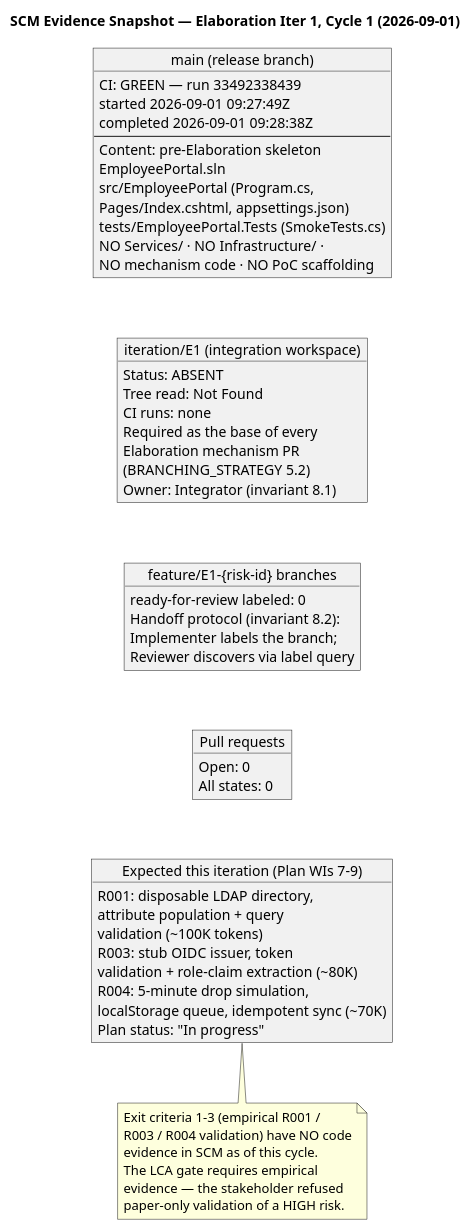
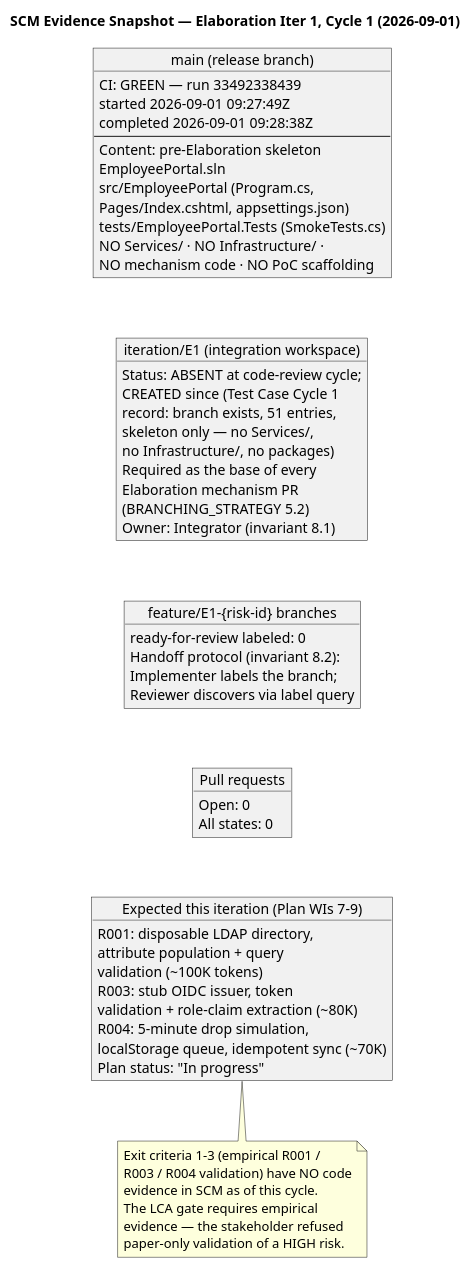
One commit to banense-test/employee-portal changed the third of 6 diagrams in docs/artifacts/project-management/review-record.md. Above: the diagram before and after it, drawn with PlantUML. The commit also changed other lines of this file, not shown here.

First line of the commit message:
Reviewer [E1]: upsert Review Record

````diff
--- a/docs/artifacts/project-management/review-record.md
+++ b/docs/artifacts/project-management/review-record.md
@@ -174,66 +173,68 @@
 ```plantuml
 @startuml
 title SCM Evidence Snapshot — Elaboration Iter 1, Cycle 1 (2026-09-01)
 
 object "main (release branch)" as MAIN {
   CI: GREEN — run 33492338439
   started 2026-09-01 09:27:49Z
   completed 2026-09-01 09:28:38Z
   --
   Content: pre-Elaboration skeleton
   EmployeePortal.sln
   src/EmployeePortal (Program.cs,
   Pages/Index.cshtml, appsettings.json)
   tests/EmployeePortal.Tests (SmokeTests.cs)
   NO Services/ · NO Infrastructure/ ·
   NO mechanism code · NO PoC scaffolding
 }
 
 object "iteration/E1 (integration workspace)" as ITER {
-  Status: ABSENT
-  Tree read: Not Found
-  CI runs: none
+  Status: ABSENT at code-review cycle;
+  CREATED since (Test Case Cycle 1
+  record: branch exists, 51 entries,
+  skeleton only — no Services/,
+  no Infrastructure/, no packages)
   Required as the base of every
   Elaboration mechanism PR
   (BRANCHING_STRATEGY 5.2)
   Owner: Integrator (invariant 8.1)
 }
 
 object "feature/E1-{risk-id} branches" as FEAT {
   ready-for-review labeled: 0
   Handoff protocol (invariant 8.2):
   Implementer labels the branch;
   Reviewer discovers via label query
 }
 
 object "Pull requests" as PRS {
   Open: 0
   All states: 0
 }
 
 object "Expected this iteration (Plan WIs 7-9)" as EXP {
   R001: disposable LDAP directory,
   attribute population + query
   validation (~100K tokens)
   R003: stub OIDC issuer, token
   validation + role-claim extraction (~80K)
   R004: 5-minute drop simulation,
   localStorage queue, idempotent sync (~70K)
   Plan status: "In progress"
 }
 
 MAIN -[hidden]-> ITER
 ITER -[hidden]-> FEAT
 FEAT -[hidden]-> PRS
 PRS -[hidden]-> EXP
 
 note bottom of EXP
   Exit criteria 1-3 (empirical R001 /
   R003 / R004 validation) have NO code
   evidence in SCM as of this cycle.
   The LCA gate requires empirical
   evidence — the stakeholder refused
   paper-only validation of a HIGH risk.
 end note
 @enduml
 ```
````
